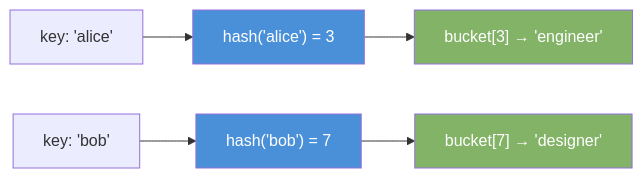
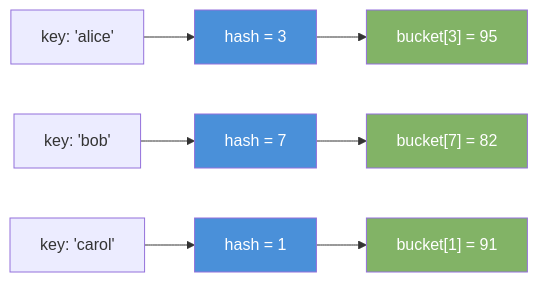
The first of 2 diagrams in docs/05-hash-map.md (valarpirai/software-enginneering), drawn with Mermaid before and after one commit. The commit also changed other lines of this file, not shown here.

First line of the commit message:
Rewrite hash map doc to follow template rules

````diff
--- a/docs/05-hash-map.md
+++ b/docs/05-hash-map.md
@@ -14,11 +39,15 @@
 ```mermaid
 graph LR
-    K1["key: 'alice'"] --> HF["hash('alice') = 3"]
-    K2["key: 'bob'"]   --> HF2["hash('bob') = 7"]
-    HF  --> B3["bucket[3] → 'engineer'"]
-    HF2 --> B7["bucket[7] → 'designer'"]
-    style HF fill:#4a90d9,color:#fff
+    K1["key: 'alice'"] --> HF1["hash = 3"]
+    K2["key: 'bob'"]   --> HF2["hash = 7"]
+    K3["key: 'carol'"] --> HF3["hash = 1"]
+    HF1 --> B3["bucket[3] = 95"]
+    HF2 --> B7["bucket[7] = 82"]
+    HF3 --> B1["bucket[1] = 91"]
+    style HF1 fill:#4a90d9,color:#fff
     style HF2 fill:#4a90d9,color:#fff
+    style HF3 fill:#4a90d9,color:#fff
     style B3 fill:#82b366,color:#fff
     style B7 fill:#82b366,color:#fff
+    style B1 fill:#82b366,color:#fff
 ```
````
